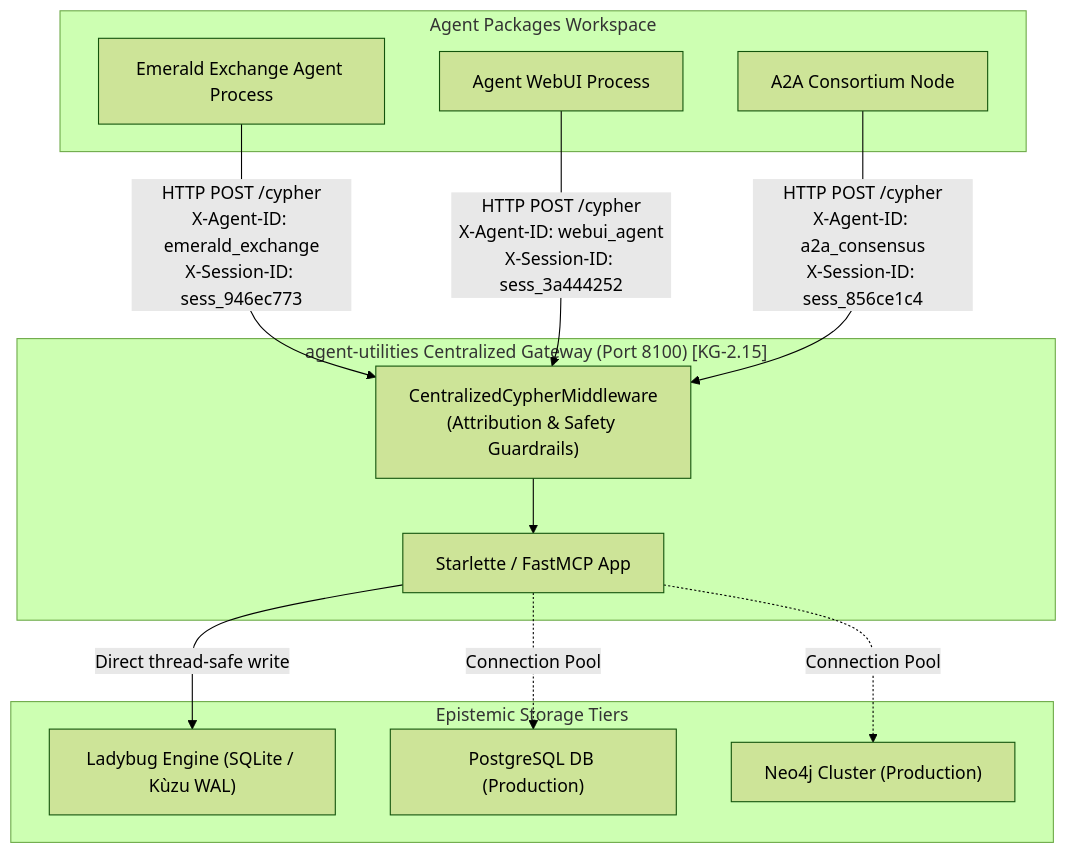
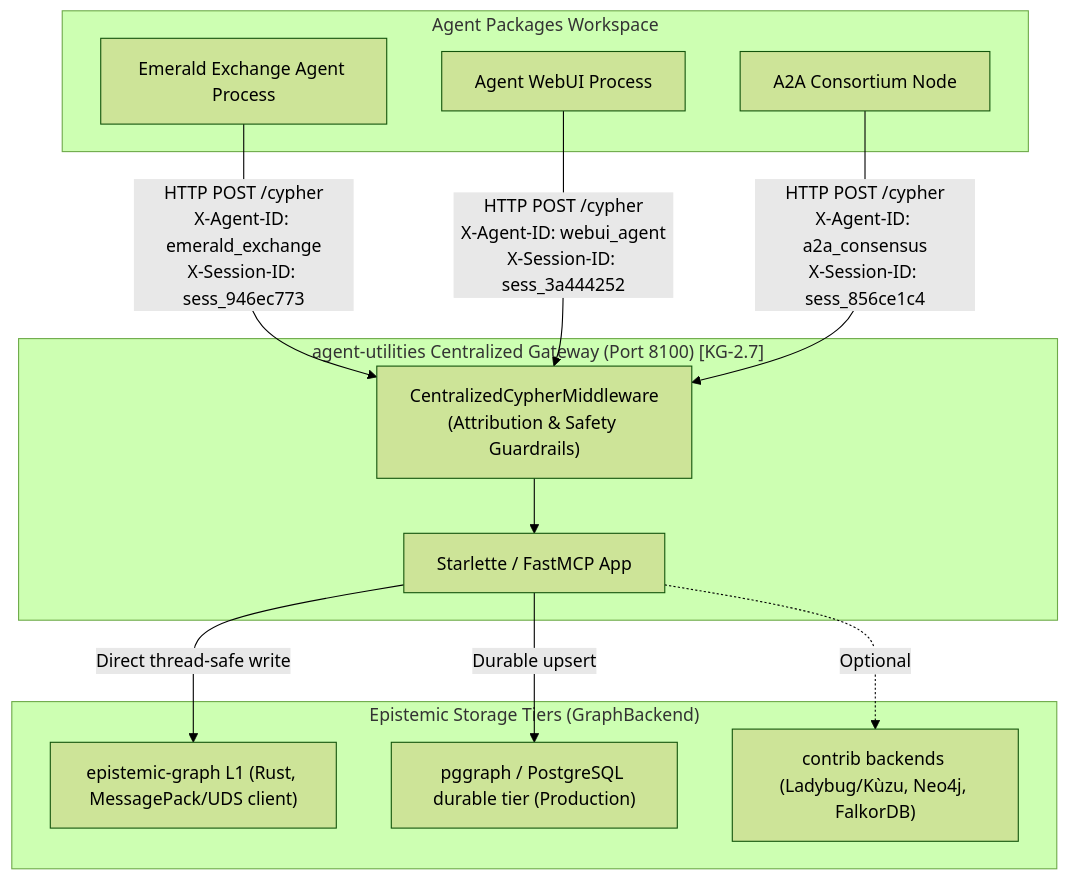
One commit to Knuckles-Team/agent-utilities changed the second of 3 diagrams in docs/centralized_kg_coordination.md. Above: the diagram before and after it, drawn with Mermaid (forest theme). The commit also changed other lines of this file and 556 other files, not shown here.

````diff
--- a/docs/centralized_kg_coordination.md
+++ b/docs/centralized_kg_coordination.md
@@ -53,28 +53,28 @@
 ```mermaid
 graph TD
     subgraph "Agent Packages Workspace"
         Agent1["Emerald Exchange Agent Process"]
         Agent2["Agent WebUI Process"]
         Agent3["A2A Consortium Node"]
     end
 
-    subgraph "agent-utilities Centralized Gateway (Port 8100) [KG-2.15]"
+    subgraph "agent-utilities Centralized Gateway (Port 8100) [KG-2.7]"
         Middleware["CentralizedCypherMiddleware<br/>(Attribution & Safety Guardrails)"]
         Server["Starlette / FastMCP App"]
     end
 
-    subgraph "Epistemic Storage Tiers"
-        Ladybug["Ladybug Engine (SQLite / Kùzu WAL)"]
-        Postgres["PostgreSQL DB (Production)"]
-        Neo4j["Neo4j Cluster (Production)"]
+    subgraph "Epistemic Storage Tiers (GraphBackend)"
+        Epistemic["epistemic-graph L1 (Rust, MessagePack/UDS client)"]
+        Postgres["pggraph / PostgreSQL durable tier (Production)"]
+        Contrib["contrib backends (Ladybug/Kùzu, Neo4j, FalkorDB)"]
     end
 
     Agent1 -->|HTTP POST /cypher<br/>X-Agent-ID: emerald_exchange<br/>X-Session-ID: sess_946ec773| Middleware
     Agent2 -->|HTTP POST /cypher<br/>X-Agent-ID: webui_agent<br/>X-Session-ID: sess_3a444252| Middleware
     Agent3 -->|HTTP POST /cypher<br/>X-Agent-ID: a2a_consensus<br/>X-Session-ID: sess_856ce1c4| Middleware
 
     Middleware --> Server
-    Server -->|Direct thread-safe write| Ladybug
-    Server -.->|Connection Pool| Postgres
-    Server -.->|Connection Pool| Neo4j
+    Server -->|Direct thread-safe write| Epistemic
+    Server -->|Durable upsert| Postgres
+    Server -.->|Optional| Contrib
 ```
````
